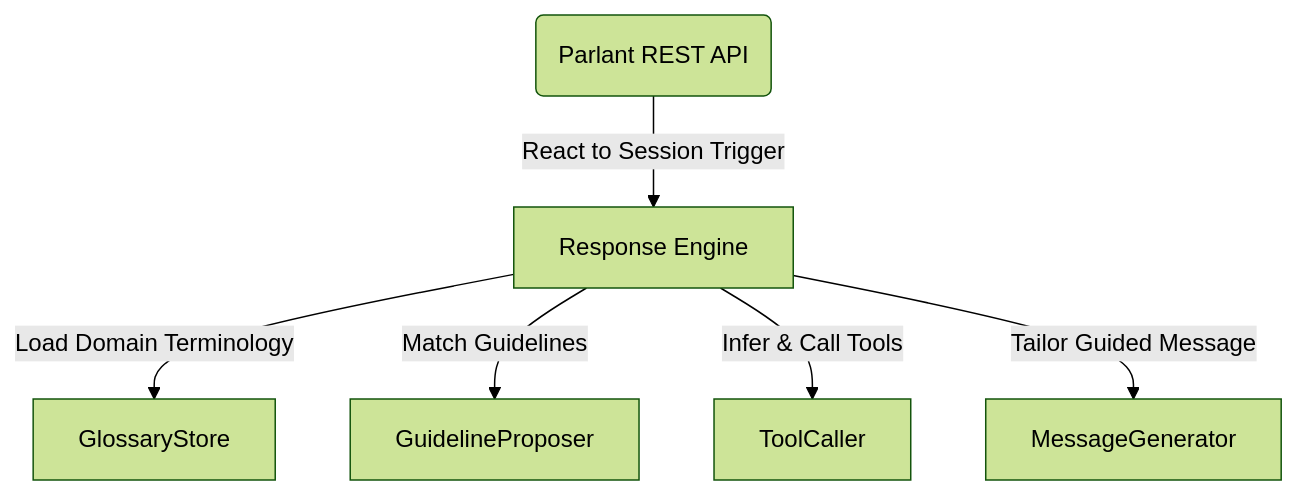
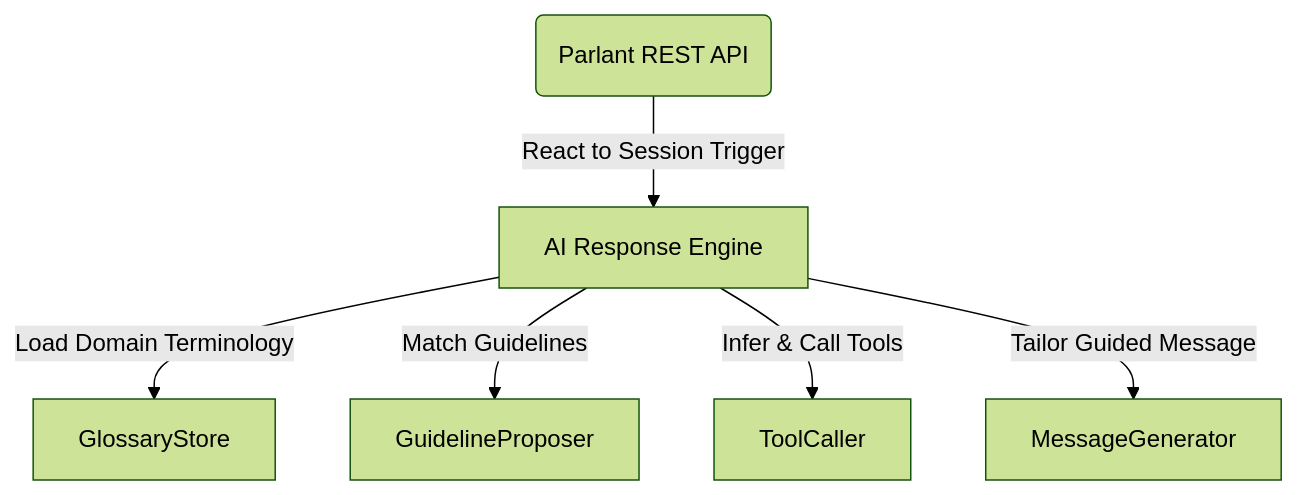
One commit to jmanhype/parlant changed the diagram in README.md. Above: the diagram before and after it, drawn with Mermaid (forest theme).

````diff
--- a/README.md
+++ b/README.md
@@ -31,8 +31,8 @@
 ```mermaid
 graph TD
-    API(Parlant REST API) -->|React to Session Trigger| Engine[Response Engine]
+    API(Parlant REST API) -->|React to Session Trigger| Engine[AI Response Engine]
     Engine -->|Load Domain Terminology| GlossaryStore
     Engine -->|Match Guidelines| GuidelineProposer
     Engine -->|Infer & Call Tools| ToolCaller
     Engine -->|Tailor Guided Message| MessageGenerator
 ```
````
